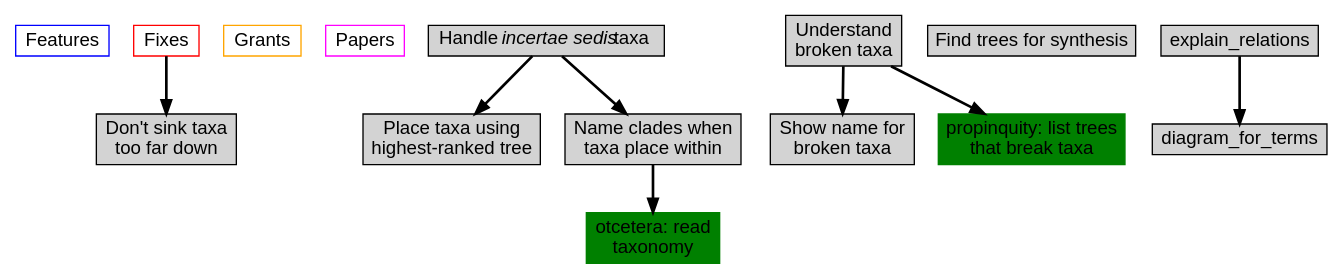
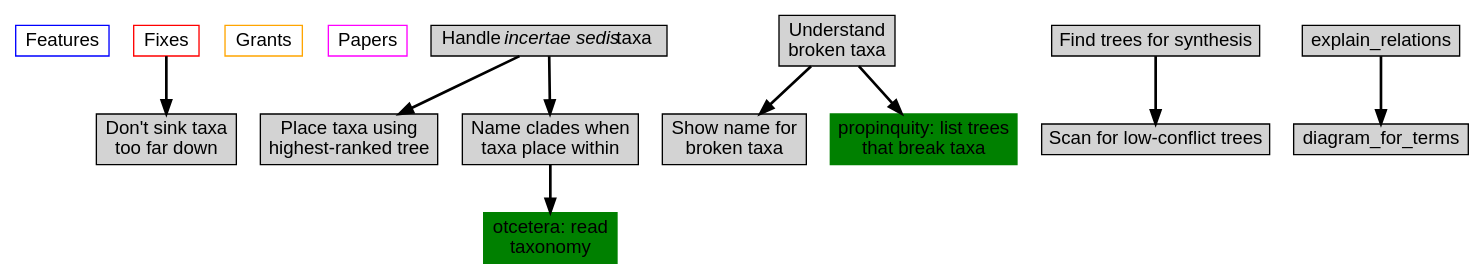
One commit to OpenTreeOfLife/propinquity changed the diagram in doc/todo.dot. Above: the diagram before and after it, drawn with Graphviz. The commit also changed 1 other file, not shown here.

```diff
--- a/doc/todo.dot
+++ b/doc/todo.dot
@@ -1,64 +1,66 @@
 digraph "token0" {
 graph [ranksep=0.25, fontname=Arial,  nodesep=0.25, ranksep=0.5];
 node [fontname=Arial, style=filled, height=0, width=0, shape=box];
 edge [style="setlinewidth(2)"];
 
 # To view this file, install xdot from
 #   https://github.com/jrfonseca/xdot.py/network
 #
 # Or alternatively
 #   % dot -Tpdf todo.dot > todo.pdf
 # 
 
 Features [color="blue", fillcolor="white"]
 
 Fixes [color="red", fillcolor="white"]
 
 Fixes -> "Don't sink taxa\ntoo far down"
 
 Grants [color="orange", fillcolor="white"]
 
 Papers [color="magenta", fillcolor="white"]
 
 incertae_sedis [label=<Handle <i>incertae sedis</i> taxa>]
 
 incertae_sedis -> place_taxa_using_highest_ranked_tree
 place_taxa_using_highest_ranked_tree [label="Place taxa using\nhighest-ranked tree"]
 #incertae_sedis -> try_including_unplaced_taxa_to_see_what_happens
 incertae_sedis -> name_clades_when_taxa_placed_within
 
 name_clades_when_taxa_placed_within -> otcetera_read_taxonomy
 name_clades_when_taxa_placed_within [label="Name clades when\ntaxa place within"]
 
 otcetera_read_taxonomy [label="otcetera: read\ntaxonomy", color="green"]
 
 understand_broken_taxa [label="Understand\nbroken taxa"]
 
 understand_broken_taxa -> show_name_for_broken_taxa
 show_name_for_broken_taxa [label="Show name for\nbroken taxa"]
 understand_broken_taxa -> propinquity_list_trees_that_break_taxa
 
 propinquity_list_trees_that_break_taxa [label="propinquity: list trees\nthat break taxa", color="green"]
 
 find_trees_for_synthesis [label="Find trees for synthesis"]
 
+find_trees_for_synthesis -> "Scan for low-conflict trees"
+
 explain_relations -> diagram_for_terms
 
 # subgraph cluster_vivax {
 #
 #       label="Vivax"; style=filled; bgcolor="#E0C0A0";
 #
 #       determine_origin_of_vivax;
 #       vivax_africa_tree_human_ape;
 #       vivax_complete_genome;
 #       vivax_pacbio_genome;
 #       vivax_africa_tree_human_ape
 #       vivax_africa_get_more_sequence_from_human;
 #       vivax_africa_download_ape_sequences;
 #       vivax_get_enough_DNA_for_pacbio;
 #    };
 
 # Software [color="purple", fillcolor="white"]
 
 
 }
```
